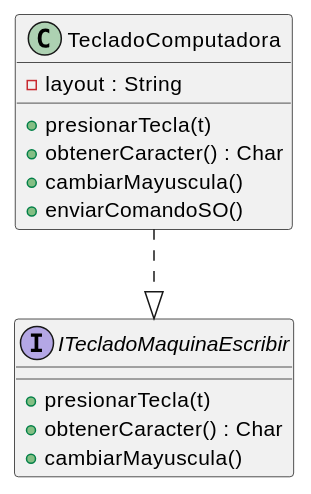
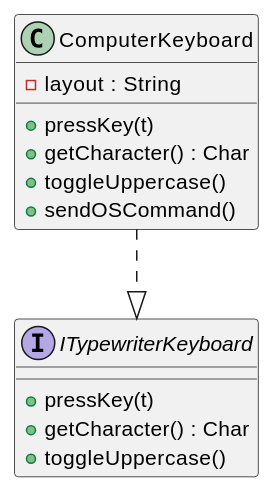
One commit to jcg-admin/IACT-docs changed the first of 2 diagrams in source/base-cognitiva/_uml/uml-05-agregacion-composicion-interfaces/interfaces-y-realizaciones.rst. Above: the diagram before and after it, drawn with PlantUML. The commit also changed other lines of this file and 16 other files, not shown here.

```diff
--- a/source/base-cognitiva/_uml/uml-05-agregacion-composicion-interfaces/interfaces-y-realizaciones.rst
+++ b/source/base-cognitiva/_uml/uml-05-agregacion-composicion-interfaces/interfaces-y-realizaciones.rst
@@ -57,20 +57,20 @@
 .. uml::
 
    @startuml
 
-   interface "ITecladoMaquinaEscribir" as ITME {
-     + presionarTecla(t)
-     + obtenerCaracter() : Char
-     + cambiarMayuscula()
+   interface "ITypewriterKeyboard" as ITK {
+     + pressKey(t)
+     + getCharacter() : Char
+     + toggleUppercase()
    }
 
-   class TecladoComputadora {
+   class ComputerKeyboard {
      - layout : String
-     + presionarTecla(t)
-     + obtenerCaracter() : Char
-     + cambiarMayuscula()
-     + enviarComandoSO()
+     + pressKey(t)
+     + getCharacter() : Char
+     + toggleUppercase()
+     + sendOSCommand()
    }
 
-   TecladoComputadora ..|> ITME
+   ComputerKeyboard ..|> ITK
    @enduml
```
